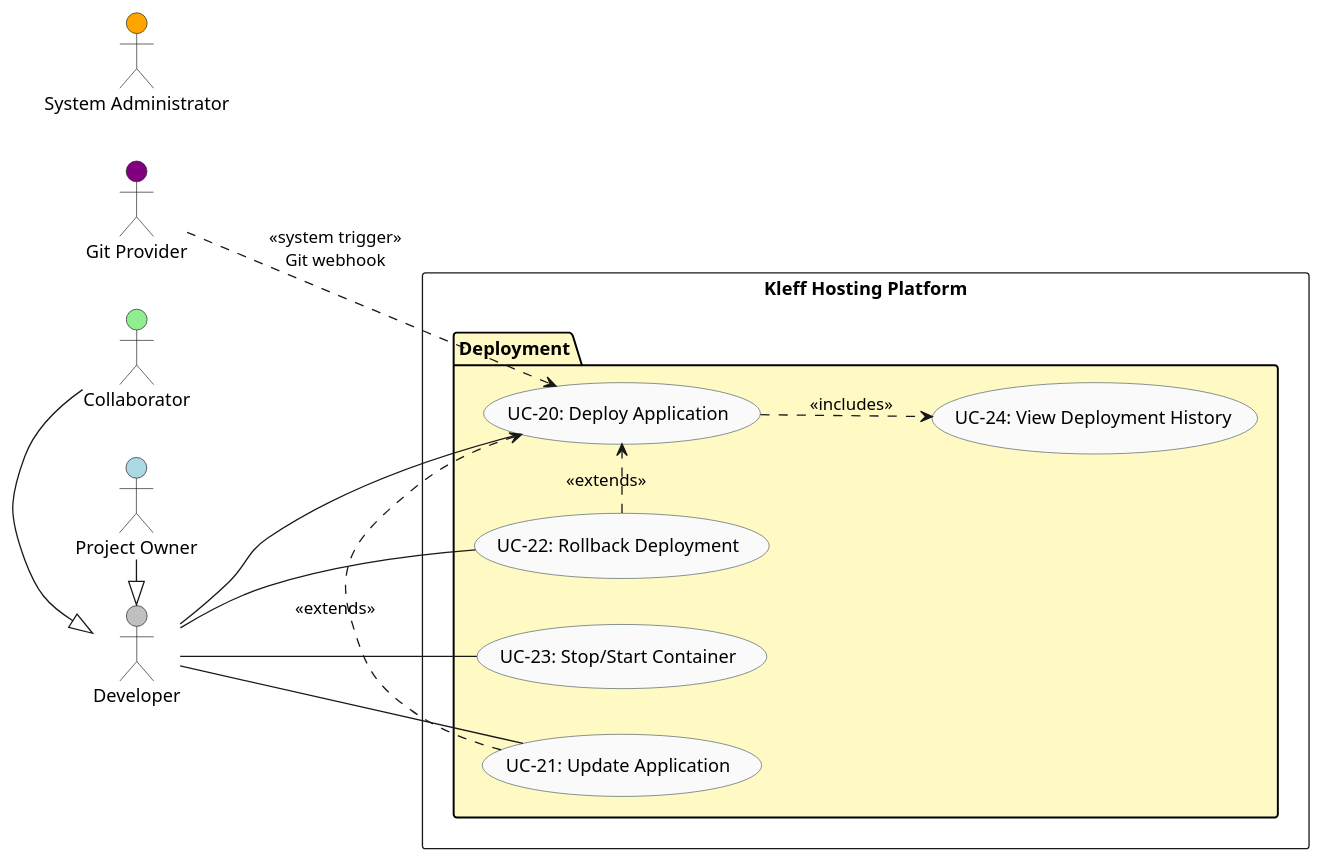
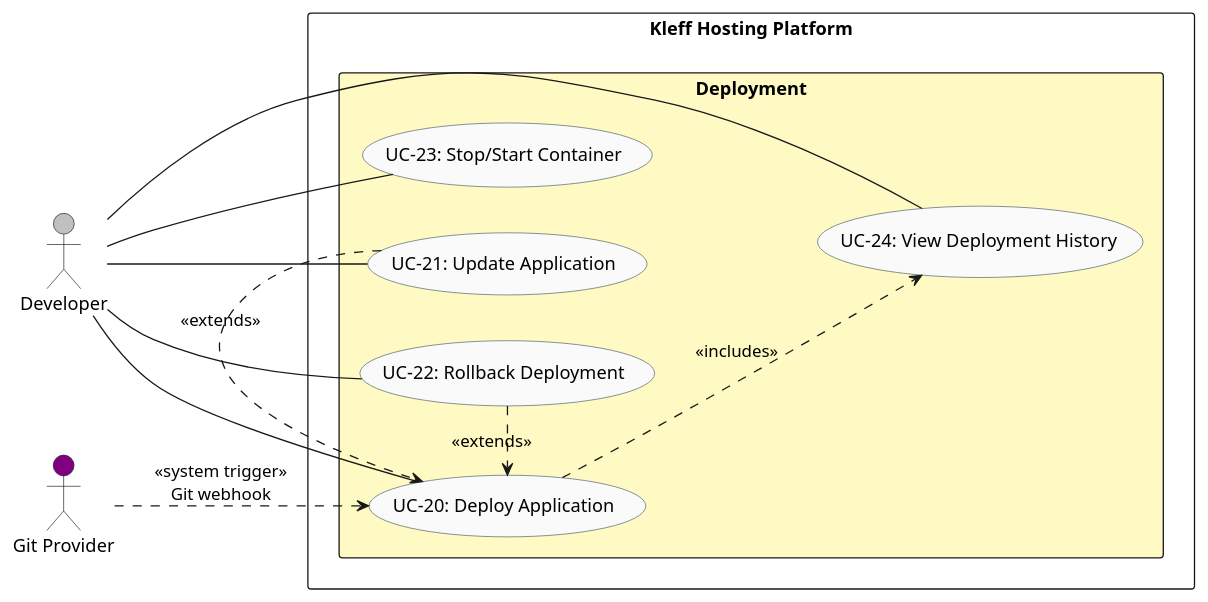
The diagram in docs/Deployment/DeploymentUseCase.puml (kleffio/.github), drawn with PlantUML before and after one commit. The commit also changed 9 other files, not shown here.

Commit message:
Updated diagrams to include new workspace bounded context

```diff
--- a/docs/Deployment/DeploymentUseCase.puml
+++ b/docs/Deployment/DeploymentUseCase.puml
@@ -1,47 +1,37 @@
-@startuml Kleff Hosting - Deployment Use Cases
+@startuml Deployment
 left to right direction
 skinparam shadowing false
 skinparam usecase {
   BackgroundColor #FAFAFA
   BorderColor #455A64
   RoundCorner 14
 }
 
-' ==== Actors ====
-actor "Developer" as AuthUser #silver
-actor "Project Owner" as Owner #lightblue
-actor "Collaborator" as Collab #lightgreen
-actor "System Administrator" as Admin #orange
+actor "Developer" as Dev #silver
 actor "Git Provider" as Git #purple
 
-Owner -|> AuthUser
-Collab -|> AuthUser
+rectangle "Kleff Hosting Platform" {
+  rectangle "Deployment" #FFF9C4 {
 
-rectangle "Kleff Hosting Platform" {
-
-  package "Deployment" #FFF9C4 {
     usecase "UC-20: Deploy Application" as UC20
     usecase "UC-21: Update Application" as UC21
     usecase "UC-22: Rollback Deployment" as UC22
     usecase "UC-23: Stop/Start Container" as UC23
     usecase "UC-24: View Deployment History" as UC24
   }
 }
+' Actors
+Dev -- UC20
+Dev -- UC21
+Dev -- UC22
+Dev -- UC23
+Dev -- UC24
 
-' ==== Actor Relationships ====
-AuthUser -- UC20
-AuthUser -- UC21
-AuthUser -- UC22
-AuthUser -- UC23
-
-' ==== System Trigger ====
 Git ..> UC20 : <<system trigger>>\nGit webhook
 
-' ==== EXTENDS ====
+' Relationships
+UC20 ..> UC24 : <<includes>>
 UC21 .> UC20 : <<extends>>
 UC22 .> UC20 : <<extends>>
 
-' ==== INCLUDES ====
-UC20 ..> UC24 : <<includes>>
-
 @enduml
```
